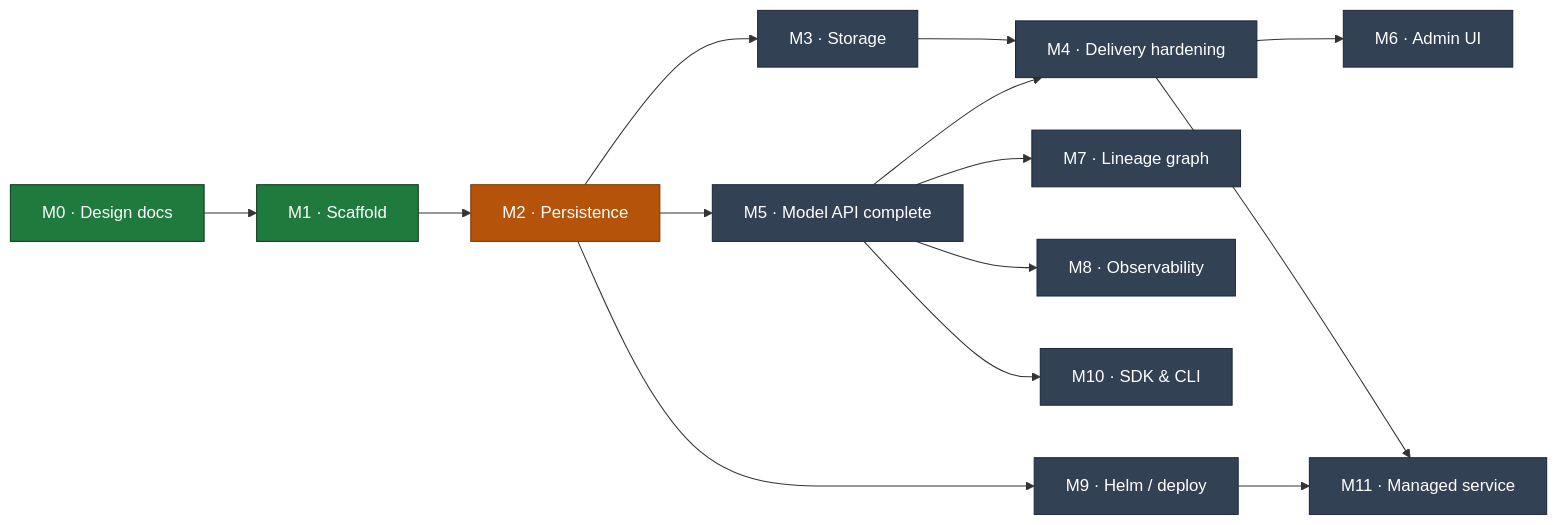
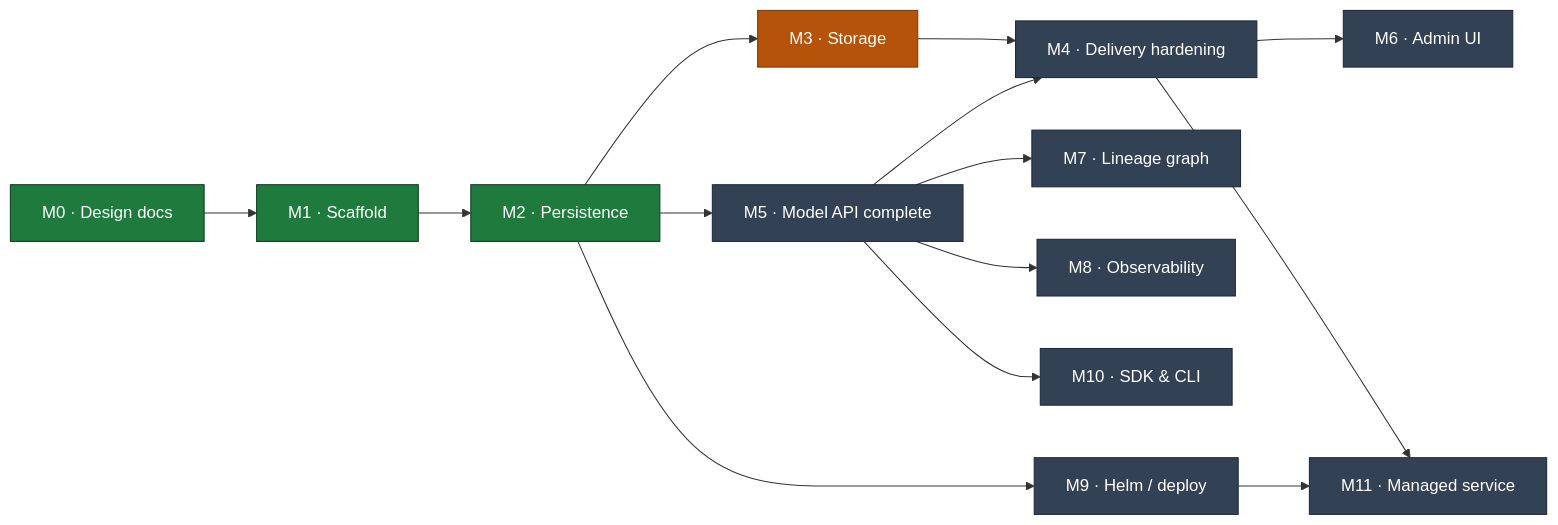
The diagram in MILESTONES.md (proseria-research/lineage), drawn with Mermaid before and after one commit. The commit also changed other lines of this file and 17 other files, not shown here.

````diff
--- a/MILESTONES.md
+++ b/MILESTONES.md
@@ -11,23 +11,23 @@
 ```mermaid
 flowchart LR
     M0["M0 · Design docs"] --> M1["M1 · Scaffold"]
     M1 --> M2["M2 · Persistence"]
     M2 --> M3["M3 · Storage"]
     M2 --> M5["M5 · Model API complete"]
     M3 --> M4["M4 · Delivery hardening"]
     M5 --> M4
     M5 --> M7["M7 · Lineage graph"]
     M4 --> M6["M6 · Admin UI"]
     M5 --> M8["M8 · Observability"]
     M2 --> M9["M9 · Helm / deploy"]
     M5 --> M10["M10 · SDK & CLI"]
     M9 --> M11["M11 · Managed service"]
     M4 --> M11
 
     classDef done fill:#1f7a3d,stroke:#0d3d1e,color:#fff;
     classDef active fill:#b45309,stroke:#7c3a06,color:#fff;
     classDef todo fill:#334155,stroke:#1e293b,color:#fff;
-    class M0,M1 done;
-    class M2 active;
-    class M3,M4,M5,M6,M7,M8,M9,M10,M11 todo;
+    class M0,M1,M2 done;
+    class M3 active;
+    class M4,M5,M6,M7,M8,M9,M10,M11 todo;
 ```
````
